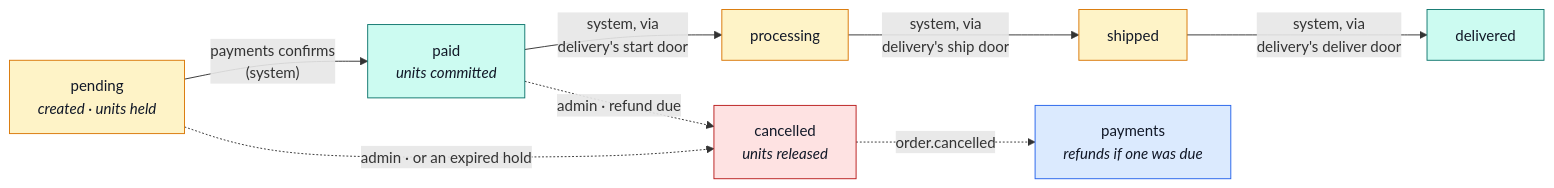
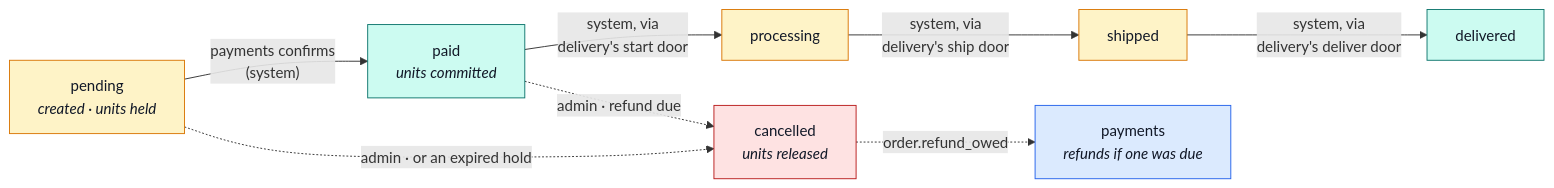
The second of 2 diagrams in docs/modules/orders.md (Guebbit/boilerplate-node-backend), drawn with Mermaid before and after one commit. The commit also changed other lines of this file and 12 other files, not shown here.

First line of the commit message:
fix(orders): retry the owed refund, not the cancellation

````diff
--- a/docs/modules/orders.md
+++ b/docs/modules/orders.md
@@ -132,20 +133,20 @@
 ```mermaid
 %%{init: {'flowchart': {'nodeSpacing': 30, 'rankSpacing': 55}}}%%
 flowchart LR
     P["pending<br/><i>created · units held</i>"] -->|"payments confirms<br/>(system)"| PA["paid<br/><i>units committed</i>"]
     PA -->|"system, via<br/>delivery's start door"| PR["processing"]
     PR -->|"system, via<br/>delivery's ship door"| SH["shipped"]
     SH -->|"system, via<br/>delivery's deliver door"| DE["delivered"]
     P -.->|"admin · or an expired hold"| CA["cancelled<br/><i>units released</i>"]
     PA -.->|"admin · refund due"| CA
-    CA -. "order.cancelled" .-> PM["payments<br/><i>refunds if one was due</i>"]
+    CA -. "order.refund_owed" .-> PM["payments<br/><i>refunds if one was due</i>"]
 
     classDef open fill:#fef3c7,stroke:#d97706,color:#111827;
     classDef done fill:#ccfbf1,stroke:#0f766e,color:#111827;
     classDef bad fill:#fee2e2,stroke:#b91c1c,color:#111827;
     classDef peer fill:#dbeafe,stroke:#2563eb,color:#111827;
     class P,PR,SH open;
     class PA,DE done;
     class CA bad;
     class PM peer;
 ```
````
